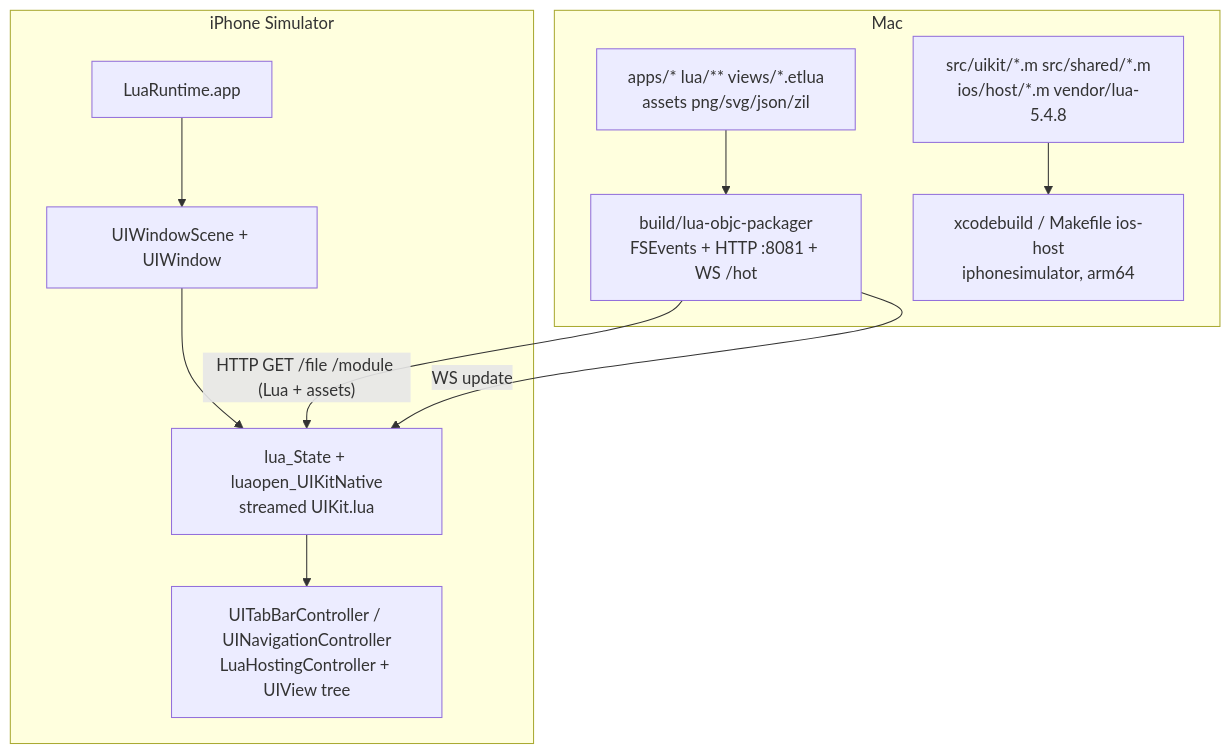
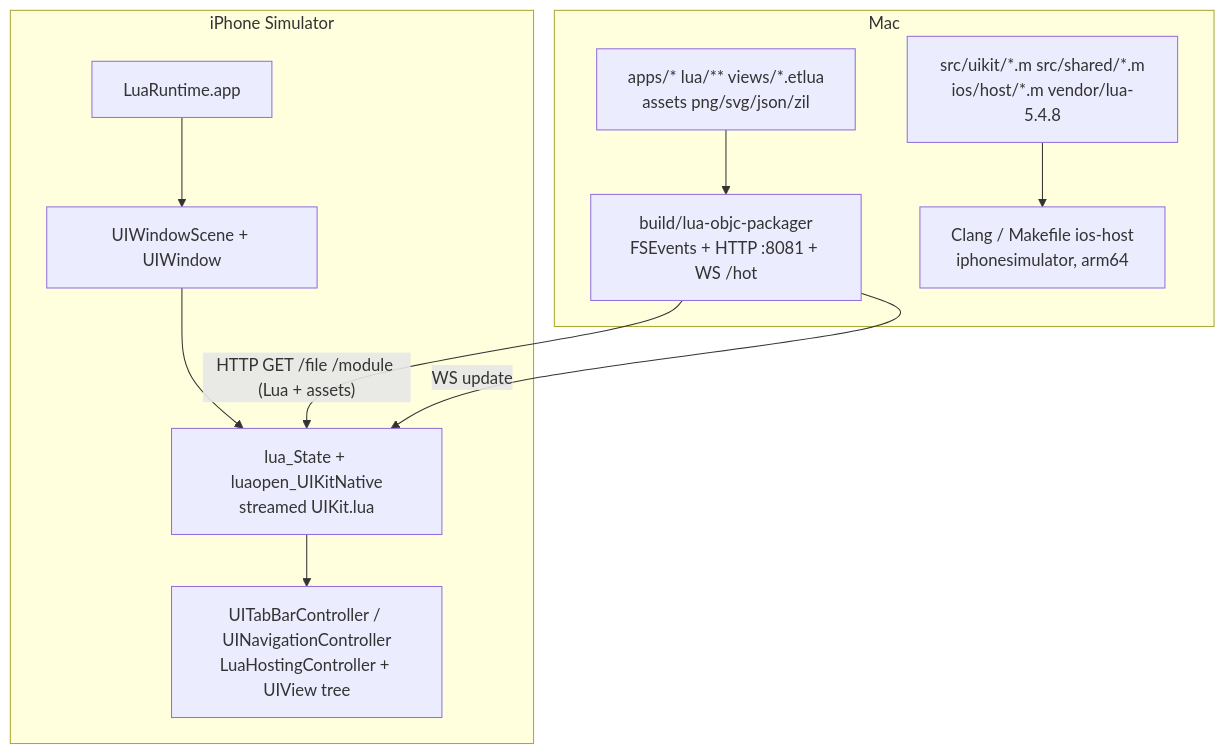
The first of 3 diagrams in docs/ios.md (corepunch/lua-objc), drawn with Mermaid before and after one commit. The commit also changed other lines of this file and 22 other files, not shown here.

````diff
--- a/docs/ios.md
+++ b/docs/ios.md
@@ -134,20 +138,20 @@
 ```mermaid
 flowchart TB
   subgraph mac [Mac]
     srcLua["apps/* lua/** views/*.etlua\nassets png/svg/json/zil"]
     packager["build/lua-objc-packager\nFSEvents + HTTP :8081 + WS /hot"]
-    xcode["xcodebuild / Makefile ios-host\niphonesimulator, arm64"]
+    xcode["Clang / Makefile ios-host\niphonesimulator, arm64"]
     srcLua --> packager
     srcNative["src/uikit/*.m src/shared/*.m\nios/host/*.m vendor/lua-5.4.8"] --> xcode
   end
 
   subgraph sim [iPhone Simulator]
     app["LuaRuntime.app"]
     scene["UIWindowScene + UIWindow"]
     lua["lua_State + luaopen_UIKitNative\nstreamed UIKit.lua"]
     tree["UITabBarController / UINavigationController\nLuaHostingController + UIView tree"]
     app --> scene --> lua --> tree
     packager -->|"HTTP GET /file /module (Lua + assets)"| lua
     packager -->|"WS update"| lua
   end
 ```
````
